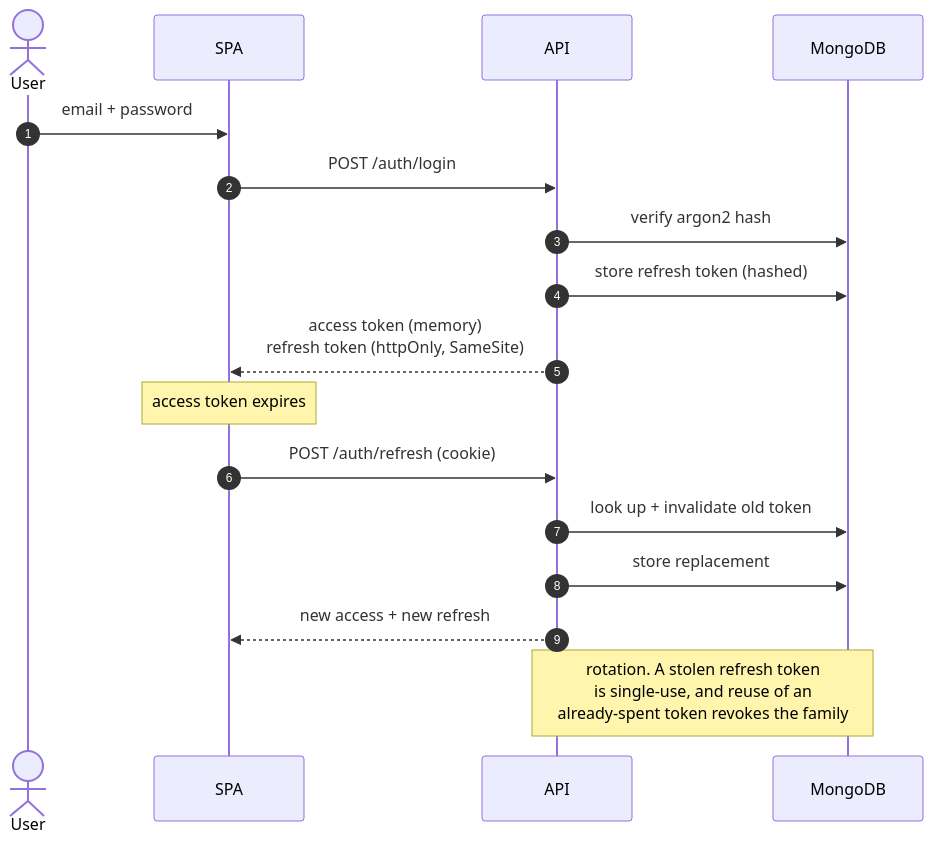
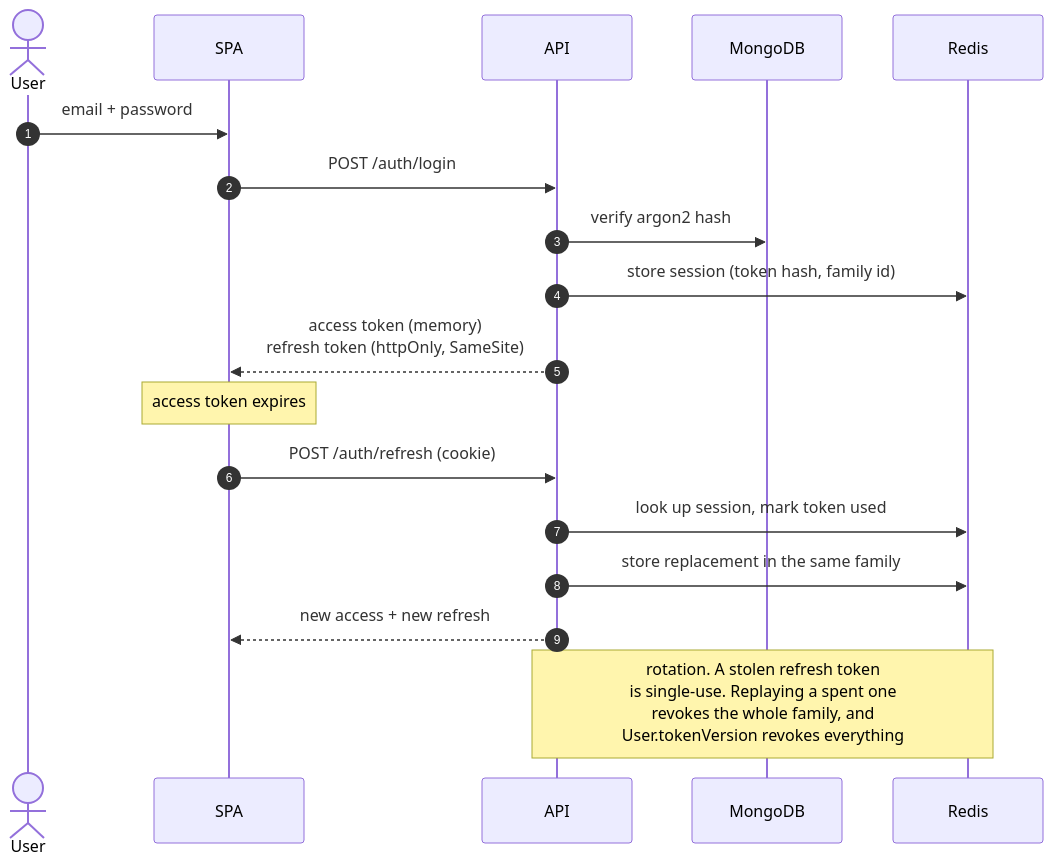
One commit to ahmedselimmansor-ctrl/Sunshop-e-ccomerce-MERN-stack changed the eighth of 10 diagrams in README.md. Above: the diagram before and after it, drawn with Mermaid. The commit also changed other lines of this file, not shown here.

````diff
--- a/README.md
+++ b/README.md
@@ -513,23 +583,24 @@
 ```mermaid
 sequenceDiagram
     autonumber
     actor U as User
     participant APP as SPA
     participant API
     participant DB as MongoDB
+    participant R as Redis
 
     U->>APP: email + password
     APP->>API: POST /auth/login
     API->>DB: verify argon2 hash
-    API->>DB: store refresh token (hashed)
+    API->>R: store session (token hash, family id)
     API-->>APP: access token (memory)<br/>refresh token (httpOnly, SameSite)
 
     Note over APP: access token expires
 
     APP->>API: POST /auth/refresh (cookie)
-    API->>DB: look up + invalidate old token
-    API->>DB: store replacement
+    API->>R: look up session, mark token used
+    API->>R: store replacement in the same family
     API-->>APP: new access + new refresh
 
-    Note over API,DB: rotation. A stolen refresh token<br/>is single-use, and reuse of an<br/>already-spent token revokes the family
+    Note over API,R: rotation. A stolen refresh token<br/>is single-use. Replaying a spent one<br/>revokes the whole family, and<br/>User.tokenVersion revokes everything
 ```
````
